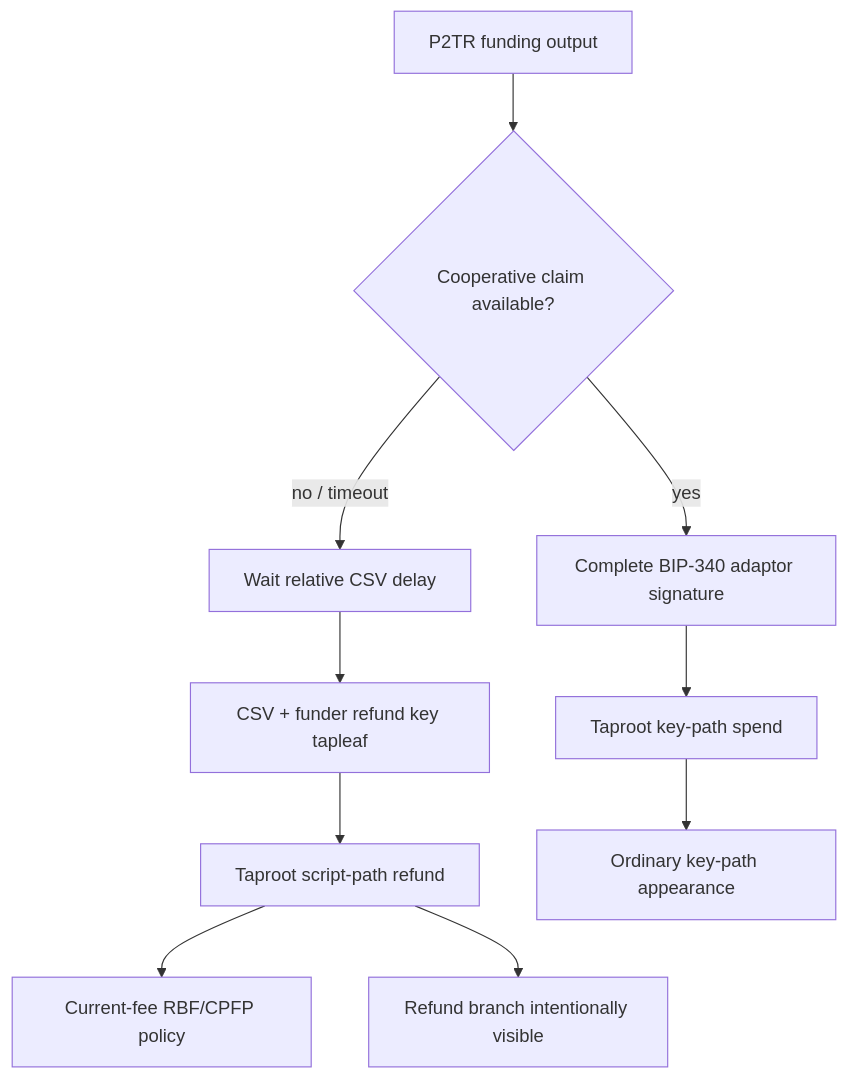
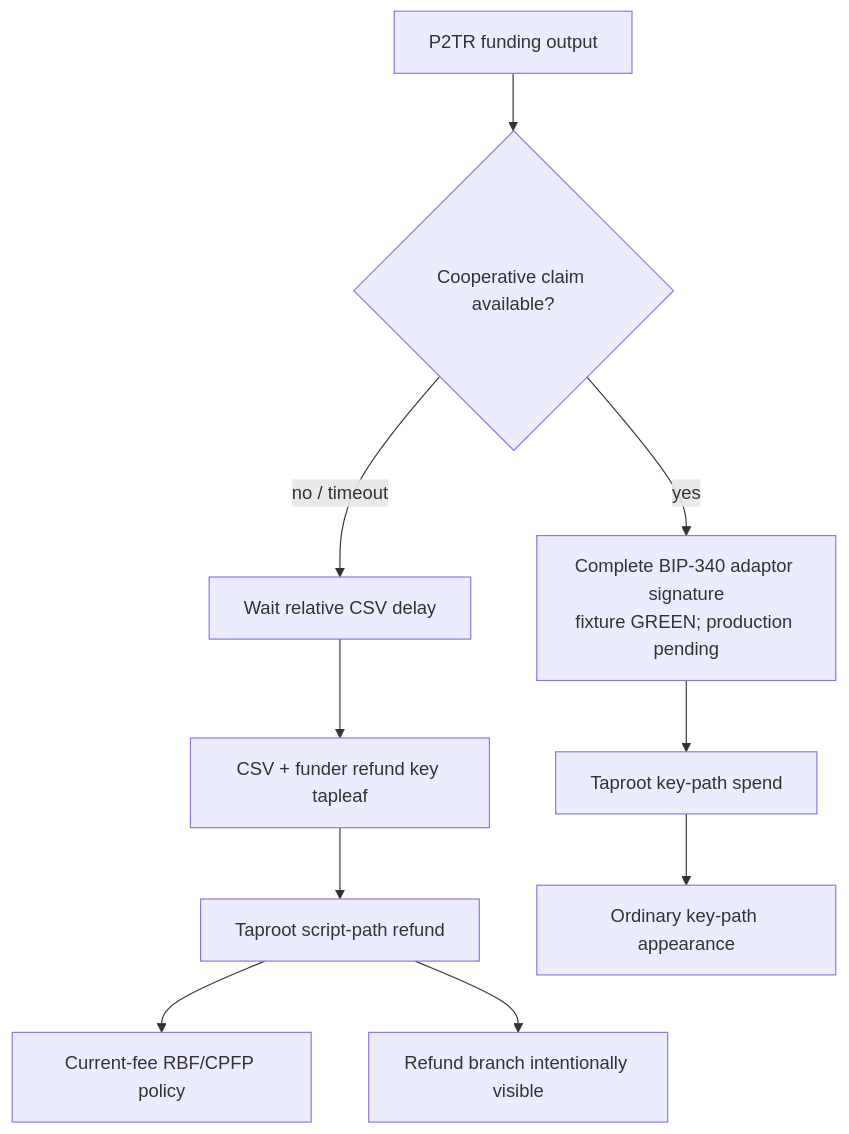
One commit to gateway-fm/lez-atomic-swaps changed the diagram in docs/architecture/0009-bitcoin-refund-path.md. Above: the diagram before and after it, drawn with Mermaid. The commit also changed other lines of this file and 11 other files, not shown here.

````diff
--- a/docs/architecture/0009-bitcoin-refund-path.md
+++ b/docs/architecture/0009-bitcoin-refund-path.md
@@ -5,12 +5,12 @@
 ```mermaid
 flowchart TB
     Funding["P2TR funding output"] --> KeyPath{"Cooperative claim available?"}
-    KeyPath -->|"yes"| Adaptor["Complete BIP-340 adaptor signature"]
+    KeyPath -->|"yes"| Adaptor["Complete BIP-340 adaptor signature<br/>fixture GREEN; production pending"]
     Adaptor --> Claim["Taproot key-path spend"]
     KeyPath -->|"no / timeout"| Delay["Wait relative CSV delay"]
     Delay --> Tapleaf["CSV + funder refund key tapleaf"]
     Tapleaf --> Refund["Taproot script-path refund"]
     Refund --> Fee["Current-fee RBF/CPFP policy"]
     Claim --> Privacy["Ordinary key-path appearance"]
     Refund --> Visible["Refund branch intentionally visible"]
 ```
````
